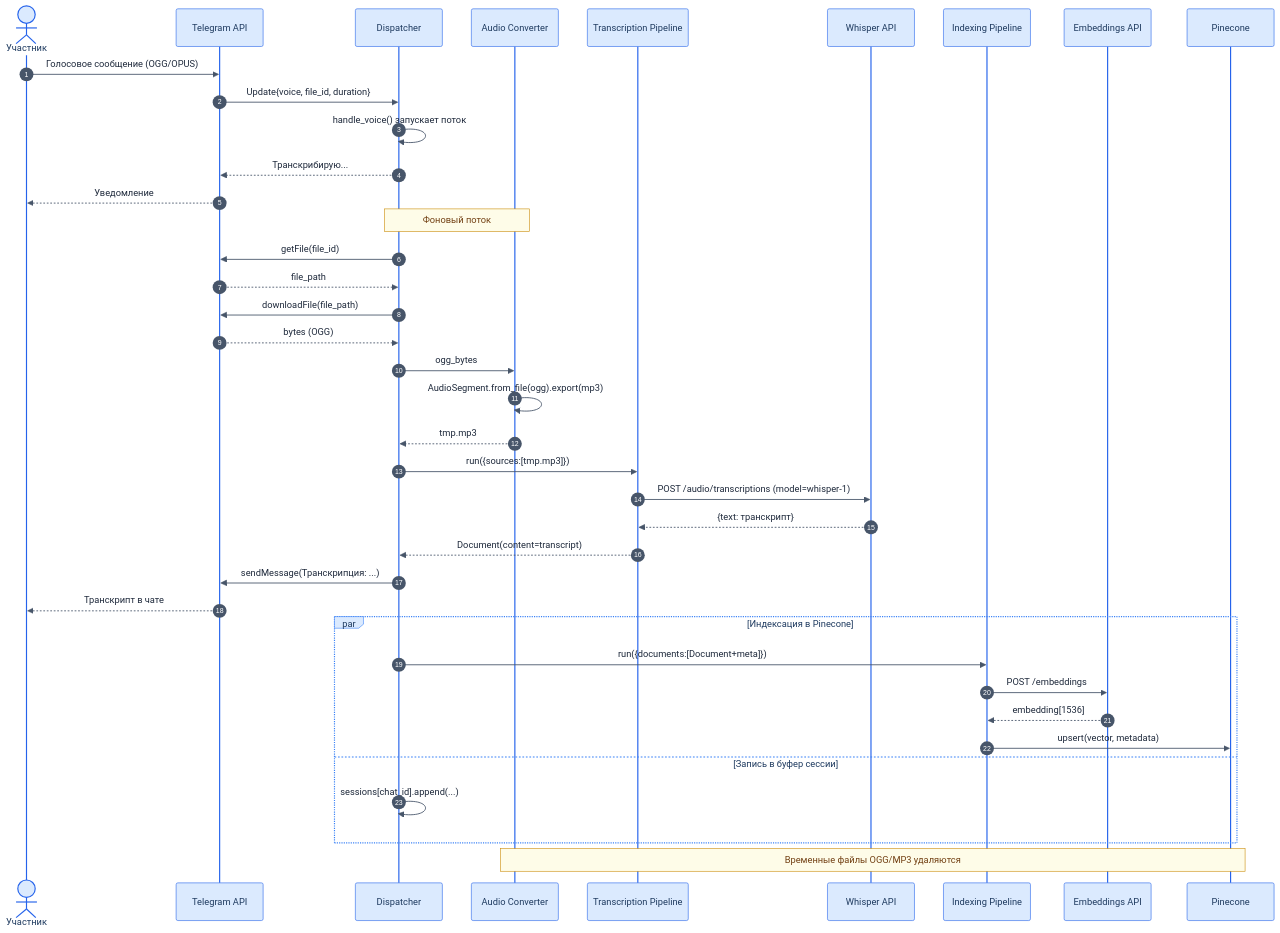
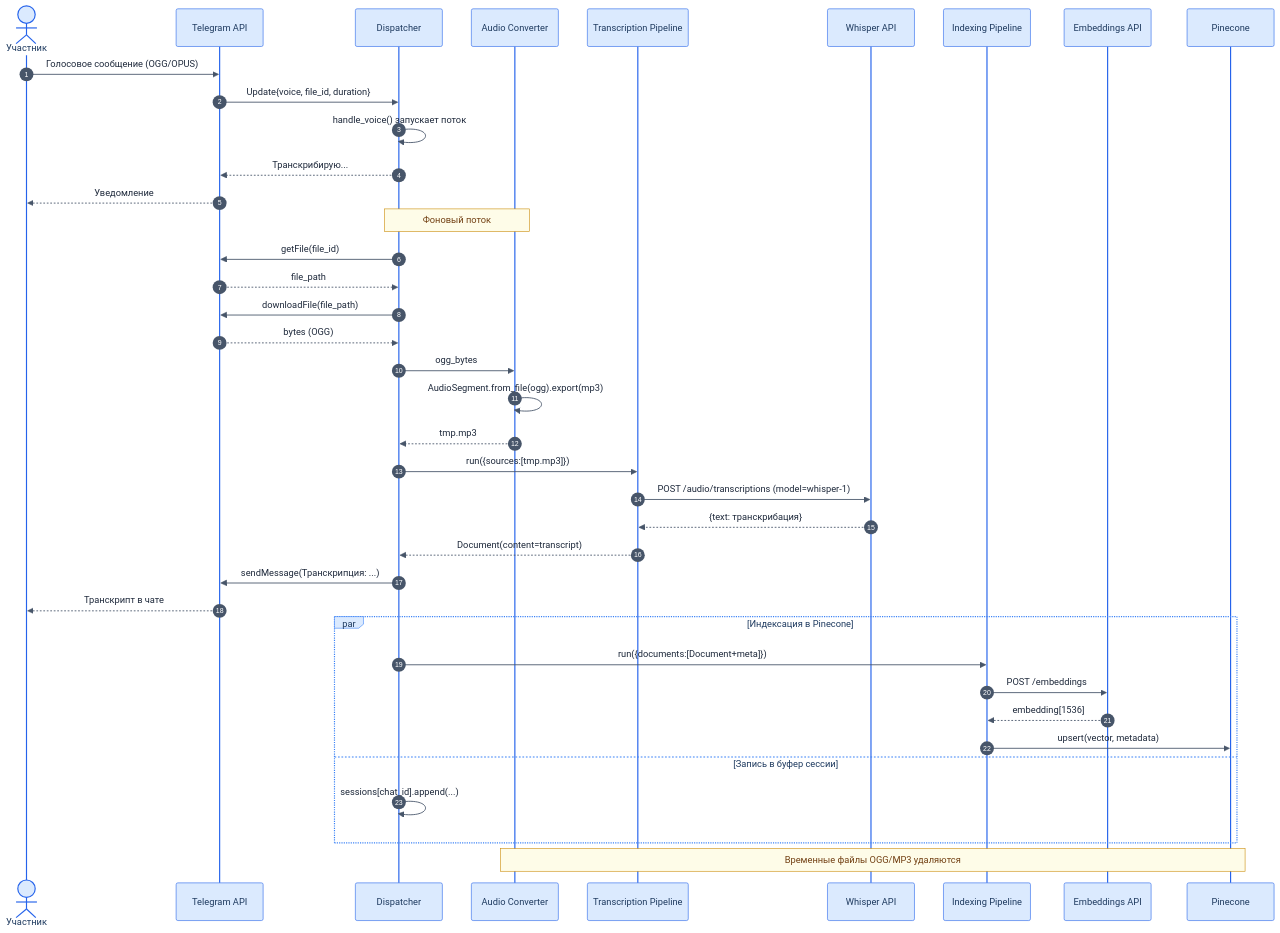
The fourth of 9 diagrams in README.md (MatveiV/Team-Assistant-Telegram-Bot), drawn with Mermaid before and after one commit. The commit also changed other lines of this file, not shown here.

````diff
--- a/README.md
+++ b/README.md
@@ -207,48 +207,48 @@
 ```mermaid
-%%{init: {'theme': 'base', 'themeVariables': {'background': '#ffffff', 'primaryColor': '#dbeafe', 'primaryTextColor': '#1e3a5f', 'primaryBorderColor': '#2563eb', 'lineColor': '#475569', 'signalColor': '#475569', 'signalTextColor': '#1e293b', 'labelBoxBkgColor': '#dbeafe', 'labelBoxBorderColor': '#3b82f6', 'labelTextColor': '#1e3a5f', 'loopTextColor': '#1e3a5f', 'noteBkgColor': '#fefce8', 'noteTextColor': '#713f12', 'noteBorderColor': '#ca8a04', 'activationBkgColor': '#eff6ff', 'activationBorderColor': '#3b82f6', 'sequenceNumberColor': '#ffffff'}}}%%
+%%{init: {'theme': 'base', 'themeVariables': {'background': '#F5F5F5', 'primaryColor': '#dbeafe', 'primaryTextColor': '#1e3a5f', 'primaryBorderColor': '#2563eb', 'lineColor': '#475569', 'signalColor': '#475569', 'signalTextColor': '#1e293b', 'labelBoxBkgColor': '#dbeafe', 'labelBoxBorderColor': '#3b82f6', 'labelTextColor': '#1e3a5f', 'loopTextColor': '#1e3a5f', 'noteBkgColor': '#fefce8', 'noteTextColor': '#713f12', 'noteBorderColor': '#ca8a04', 'activationBkgColor': '#eff6ff', 'activationBorderColor': '#3b82f6', 'sequenceNumberColor': '#ffffff'}}}%%
 sequenceDiagram
     autonumber
     actor User as Участник
     participant TG as Telegram API
     participant Disp as Dispatcher
     participant Conv as Audio Converter
     participant Pipe as Transcription Pipeline
     participant Whisper as Whisper API
     participant Idx as Indexing Pipeline
     participant Embed as Embeddings API
     participant PC as Pinecone
 
     User->>TG: Голосовое сообщение (OGG/OPUS)
     TG->>Disp: Update{voice, file_id, duration}
     Disp->>Disp: handle_voice() запускает поток
     Disp-->>TG: Транскрибирую...
     TG-->>User: Уведомление
 
     Note over Disp,Conv: Фоновый поток
     Disp->>TG: getFile(file_id)
     TG-->>Disp: file_path
     Disp->>TG: downloadFile(file_path)
     TG-->>Disp: bytes (OGG)
     Disp->>Conv: ogg_bytes
     Conv->>Conv: AudioSegment.from_file(ogg).export(mp3)
     Conv-->>Disp: tmp.mp3
 
     Disp->>Pipe: run({sources:[tmp.mp3]})
     Pipe->>Whisper: POST /audio/transcriptions (model=whisper-1)
-    Whisper-->>Pipe: {text: транскрипт}
+    Whisper-->>Pipe: {text: транскрибация}
     Pipe-->>Disp: Document(content=transcript)
 
     Disp->>TG: sendMessage(Транскрипция: ...)
     TG-->>User: Транскрипт в чате
 
     par Индексация в Pinecone
         Disp->>Idx: run({documents:[Document+meta]})
         Idx->>Embed: POST /embeddings
         Embed-->>Idx: embedding[1536]
         Idx->>PC: upsert(vector, metadata)
     and Запись в буфер сессии
         Disp->>Disp: sessions[chat_id].append(...)
     end
 
     Note over Conv,PC: Временные файлы OGG/MP3 удаляются
 ```
````
